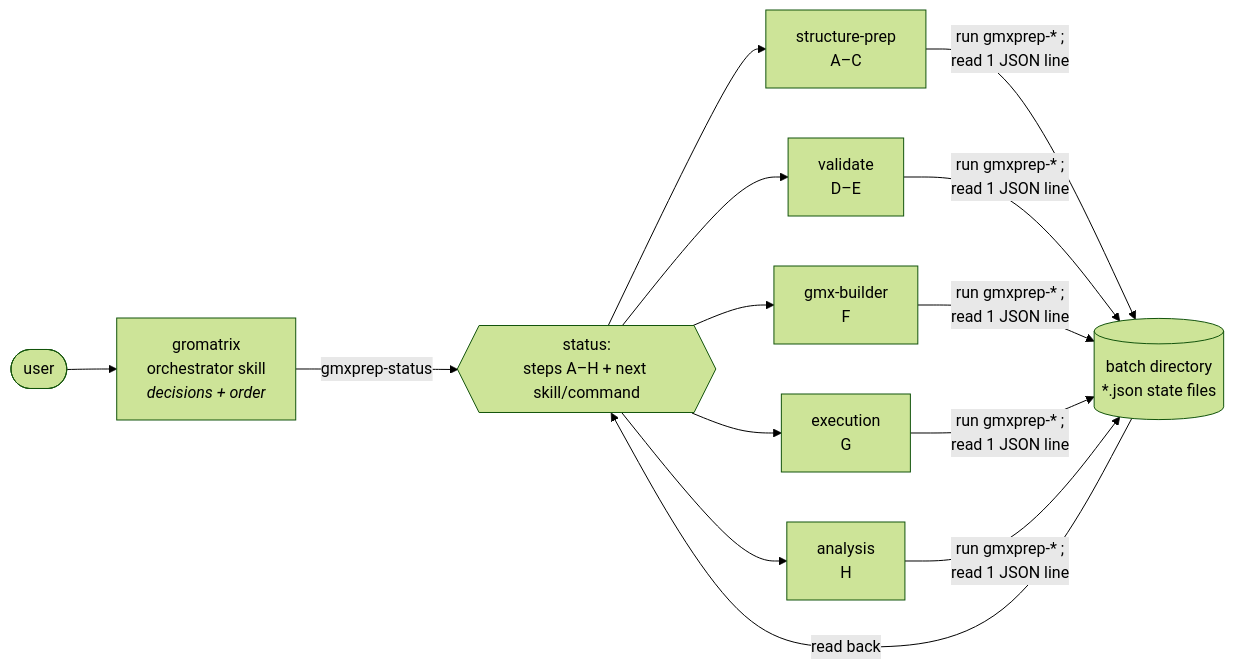
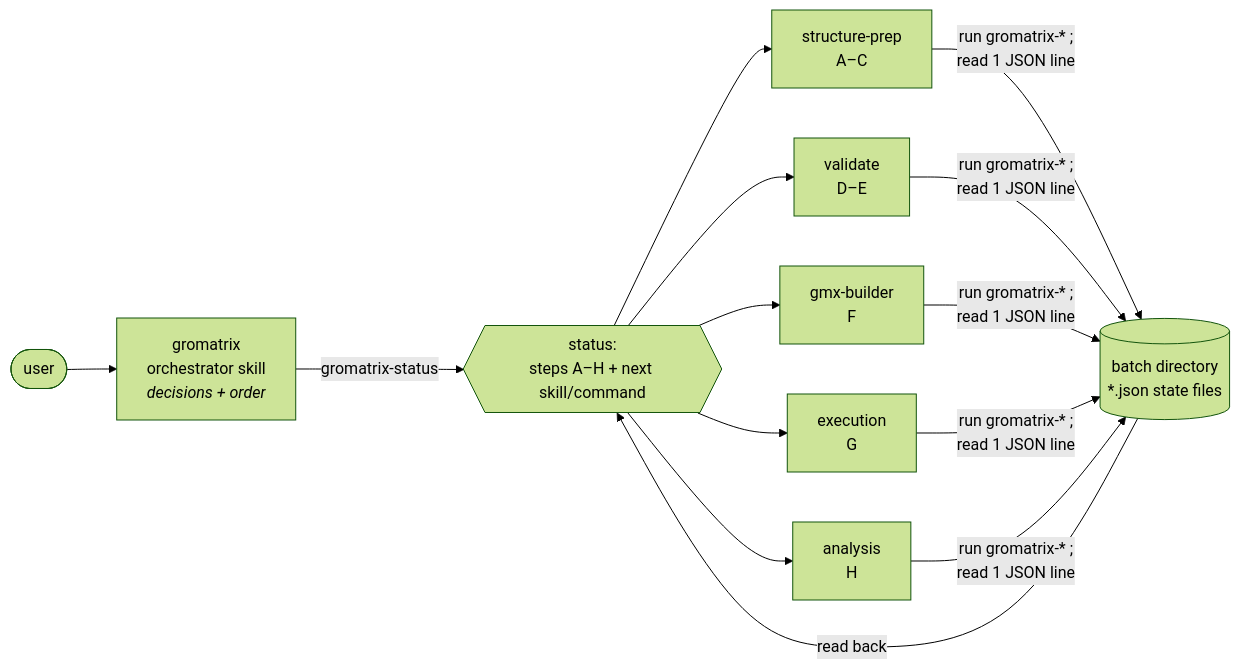
Before and after one commit to markbujehein/gromatrix: the first of 2 diagrams in README.md, drawn with Mermaid (forest theme). The commit also changed other lines of this file and 43 other files, not shown here.

First line of the commit message:
Rename every gmxprep-* command to gromatrix-*; add mise.toml

````diff
--- a/README.md
+++ b/README.md
@@ -56,8 +56,8 @@
 ```mermaid
 flowchart LR
     U(["user"]) --> O["gromatrix<br/>orchestrator skill<br/><i>decisions + order</i>"]
-    O -->|"gmxprep-status"| S{{"status:<br/>steps A–H + next skill/command"}}
+    O -->|"gromatrix-status"| S{{"status:<br/>steps A–H + next skill/command"}}
     S --> P["structure-prep<br/>A–C"] & V["validate<br/>D–E"] & B["gmx-builder<br/>F"] & X["execution<br/>G"] & Y["analysis<br/>H"]
-    P & V & B & X & Y -->|"run gmxprep-* ;<br/>read 1 JSON line"| D[("batch directory<br/>*.json state files")]
+    P & V & B & X & Y -->|"run gromatrix-* ;<br/>read 1 JSON line"| D[("batch directory<br/>*.json state files")]
     D -->|"read back"| S
 ```
````
